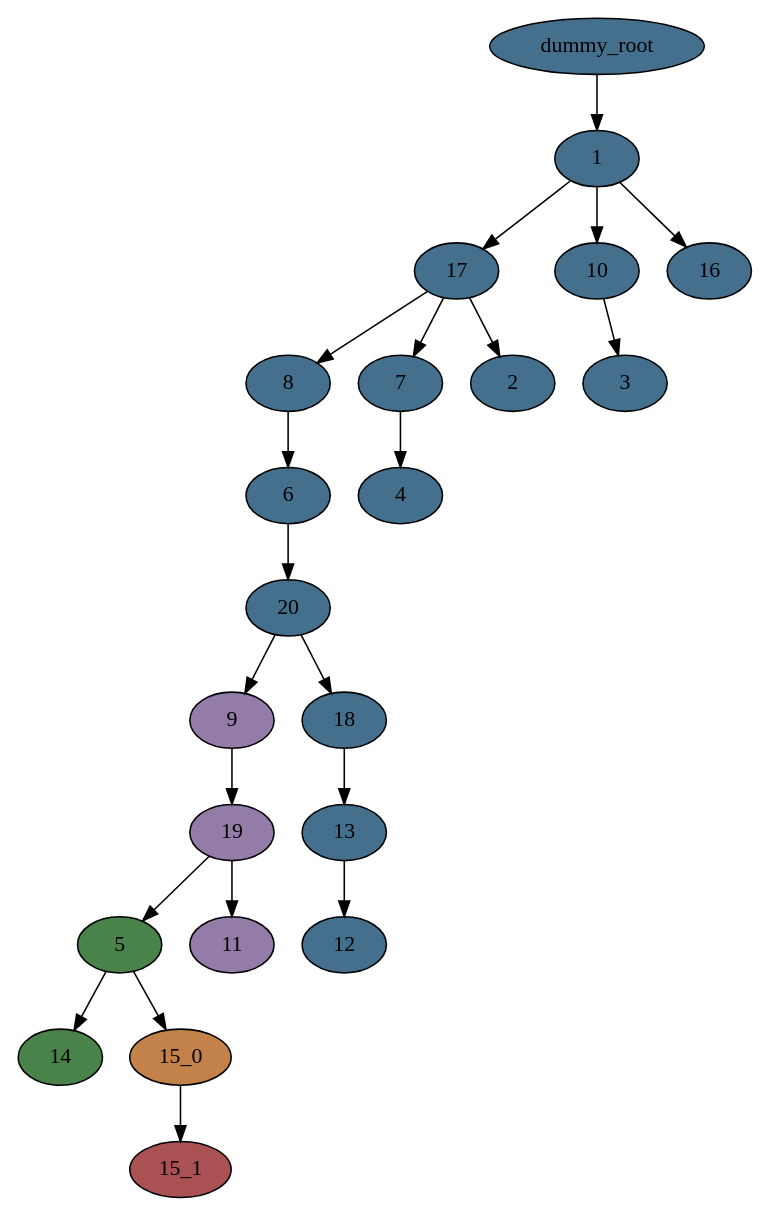
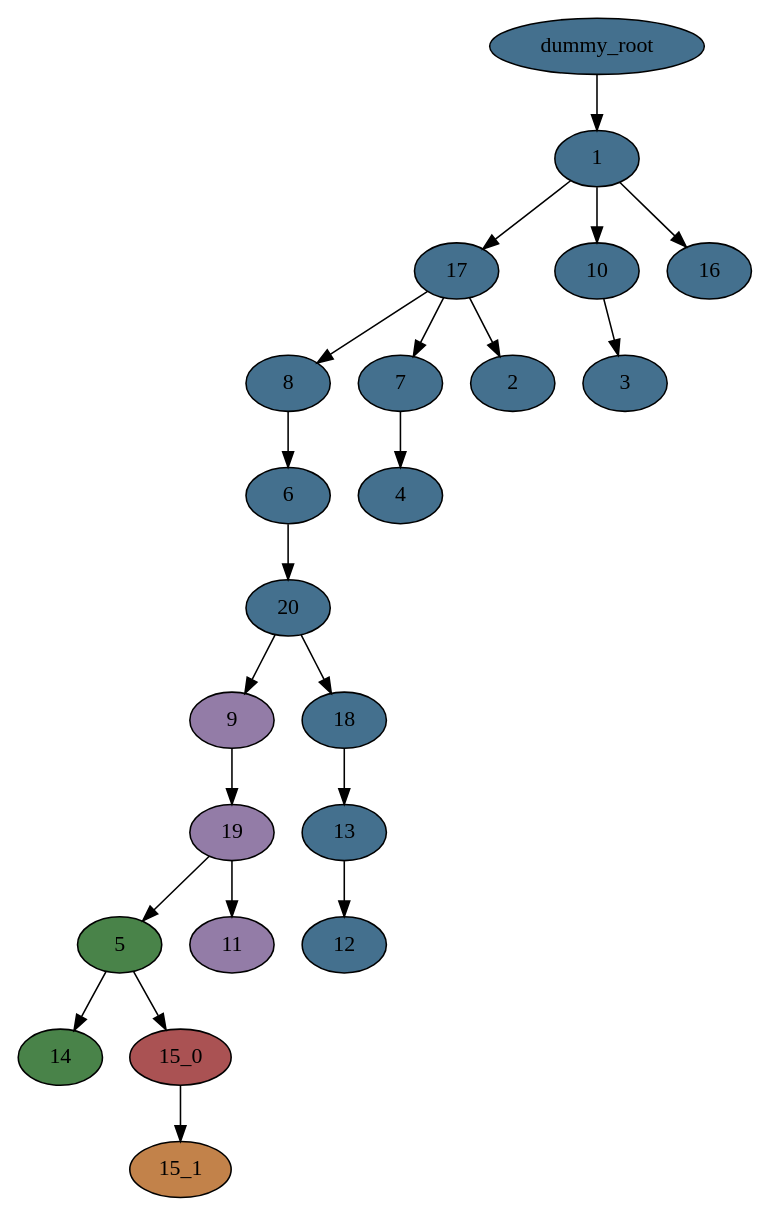
One commit to noahcape/pmh-rp changed the diagram in trees/CRUKP7127/tlp/tlp_output_colored_tree.dot. Above: the diagram before and after it, drawn with Graphviz. The commit also changed 255 other files, not shown here.

```diff
--- a/trees/CRUKP7127/tlp/tlp_output_colored_tree.dot
+++ b/trees/CRUKP7127/tlp/tlp_output_colored_tree.dot
@@ -1,45 +1,45 @@
 digraph T {
 	"9" [fillcolor="#937ca7", style=filled];
 	"19" [fillcolor="#937ca7", style=filled];
 	"5" [fillcolor="#498349", style=filled];
 	"11" [fillcolor="#937ca7", style=filled];
 	"17" [fillcolor="#44708e", style=filled];
 	"8" [fillcolor="#44708e", style=filled];
 	"7" [fillcolor="#44708e", style=filled];
 	"2" [fillcolor="#44708e", style=filled];
 	"6" [fillcolor="#44708e", style=filled];
 	"1" [fillcolor="#44708e", style=filled];
 	"10" [fillcolor="#44708e", style=filled];
 	"16" [fillcolor="#44708e", style=filled];
 	"20" [fillcolor="#44708e", style=filled];
 	"18" [fillcolor="#44708e", style=filled];
 	"13" [fillcolor="#44708e", style=filled];
 	"4" [fillcolor="#44708e", style=filled];
 	"12" [fillcolor="#44708e", style=filled];
 	"14" [fillcolor="#498349", style=filled];
-	"15_0" [fillcolor="#c2824a", style=filled];
+	"15_0" [fillcolor="#aa5253", style=filled];
 	"3" [fillcolor="#44708e", style=filled];
-	"15_1" [fillcolor="#aa5253", style=filled];
+	"15_1" [fillcolor="#c2824a", style=filled];
 	"dummy_root" [fillcolor="#44708e", style=filled];
 	"9" -> "19";
 	"19" -> "5";
 	"19" -> "11";
 	"5" -> "14";
 	"5" -> "15_0";
 	"17" -> "8";
 	"17" -> "7";
 	"17" -> "2";
 	"8" -> "6";
 	"7" -> "4";
 	"6" -> "20";
 	"1" -> "17";
 	"1" -> "10";
 	"1" -> "16";
 	"10" -> "3";
 	"20" -> "18";
 	"20" -> "9";
 	"18" -> "13";
 	"13" -> "12";
 	"15_0" -> "15_1";
 	"dummy_root" -> "1";
 }
```
